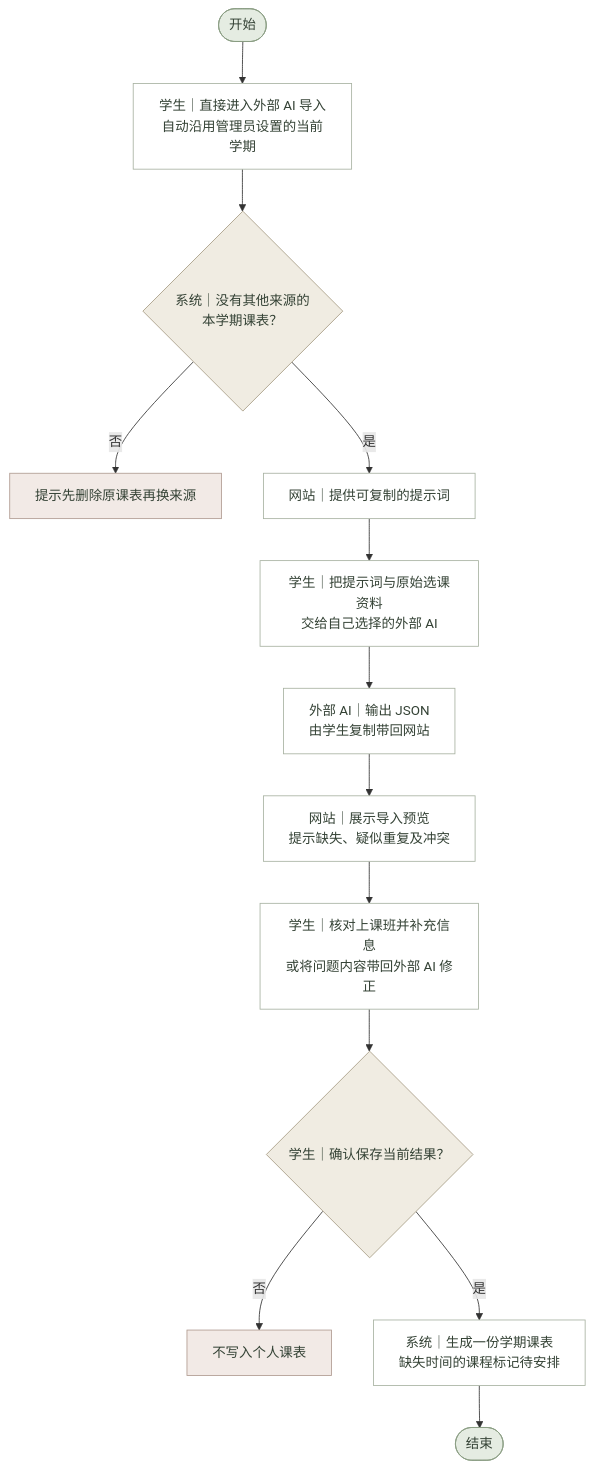
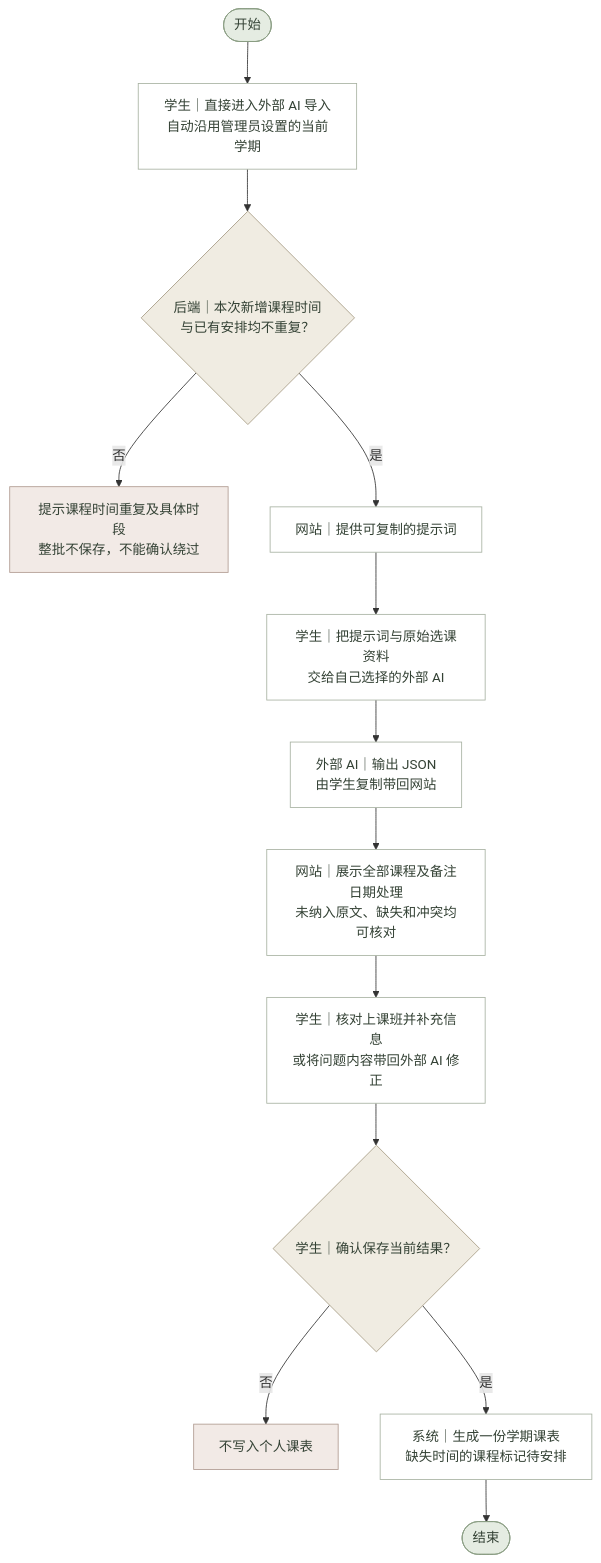
One commit to lichen-lc123/class-assistant changed the diagram in 需求文档/课表功能/流程图源文件/业务流程图/外部AI内容导入.mmd. Above: the diagram before and after it, drawn with Mermaid. The commit also changed 101 other files, not shown here.

```diff
--- a/需求文档/课表功能/流程图源文件/业务流程图/外部AI内容导入.mmd
+++ b/需求文档/课表功能/流程图源文件/业务流程图/外部AI内容导入.mmd
@@ -1,45 +1,45 @@
 %% 外部AI内容导入 · 业务流程图 · V1.0 · 2026-11-02
 flowchart TD
     N0(["开始"])
     N1["学生｜直接进入外部 AI 导入<br/>自动沿用管理员设置的当前学期"]
-    N2{"系统｜没有其他来源的<br/>本学期课表？"}
-    B2["提示先删除原课表再换来源"]
+    N2{"后端｜本次新增课程时间<br/>与已有安排均不重复？"}
+    B2["提示课程时间重复及具体时段<br/>整批不保存，不能确认绕过"]
     N3["网站｜提供可复制的提示词"]
     N4["学生｜把提示词与原始选课资料<br/>交给自己选择的外部 AI"]
     N5["外部 AI｜输出 JSON<br/>由学生复制带回网站"]
-    N6["网站｜展示导入预览<br/>提示缺失、疑似重复及冲突"]
+    N6["网站｜展示全部课程及备注日期处理<br/>未纳入原文、缺失和冲突均可核对"]
     N7["学生｜核对上课班并补充信息<br/>或将问题内容带回外部 AI 修正"]
     N8{"学生｜确认保存当前结果？"}
     B8["不写入个人课表"]
     N9["系统｜生成一份学期课表<br/>缺失时间的课程标记待安排"]
     N10(["结束"])
     N0 --> N1
     N1 --> N2
     N2 -->|否| B2
     N2 -->|是| N3
     N3 --> N4
     N4 --> N5
     N5 --> N6
     N6 --> N7
     N7 --> N8
     N8 -->|否| B8
     N8 -->|是| N9
     N9 --> N10
     classDef normal fill:#FFFFFF,stroke:#A8B2A2,color:#344235;
     classDef decision fill:#F0ECE2,stroke:#A69B83,color:#344235;
     classDef terminal fill:#E5ECE2,stroke:#8A9D82,color:#344235;
     classDef exception fill:#F2EAE6,stroke:#B09B91,color:#344235;
     classDef database fill:#E7EDF0,stroke:#8A9CA6,color:#344235;
     class N0 terminal;
     class N1 normal;
     class N2 decision;
     class B2 exception;
     class N3 normal;
     class N4 normal;
     class N5 normal;
     class N6 normal;
     class N7 normal;
     class N8 decision;
     class B8 exception;
     class N9 normal;
     class N10 terminal;
```
